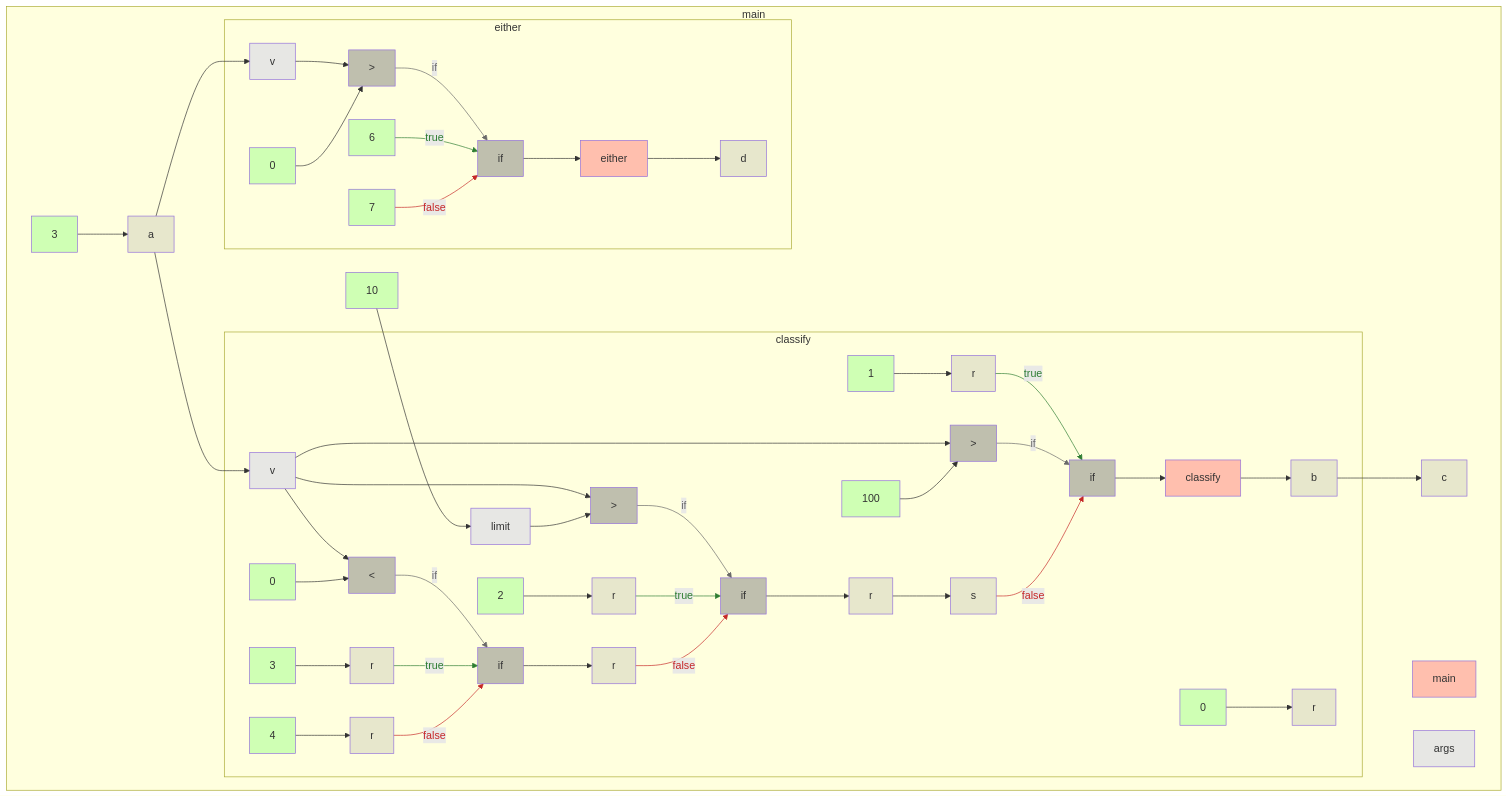
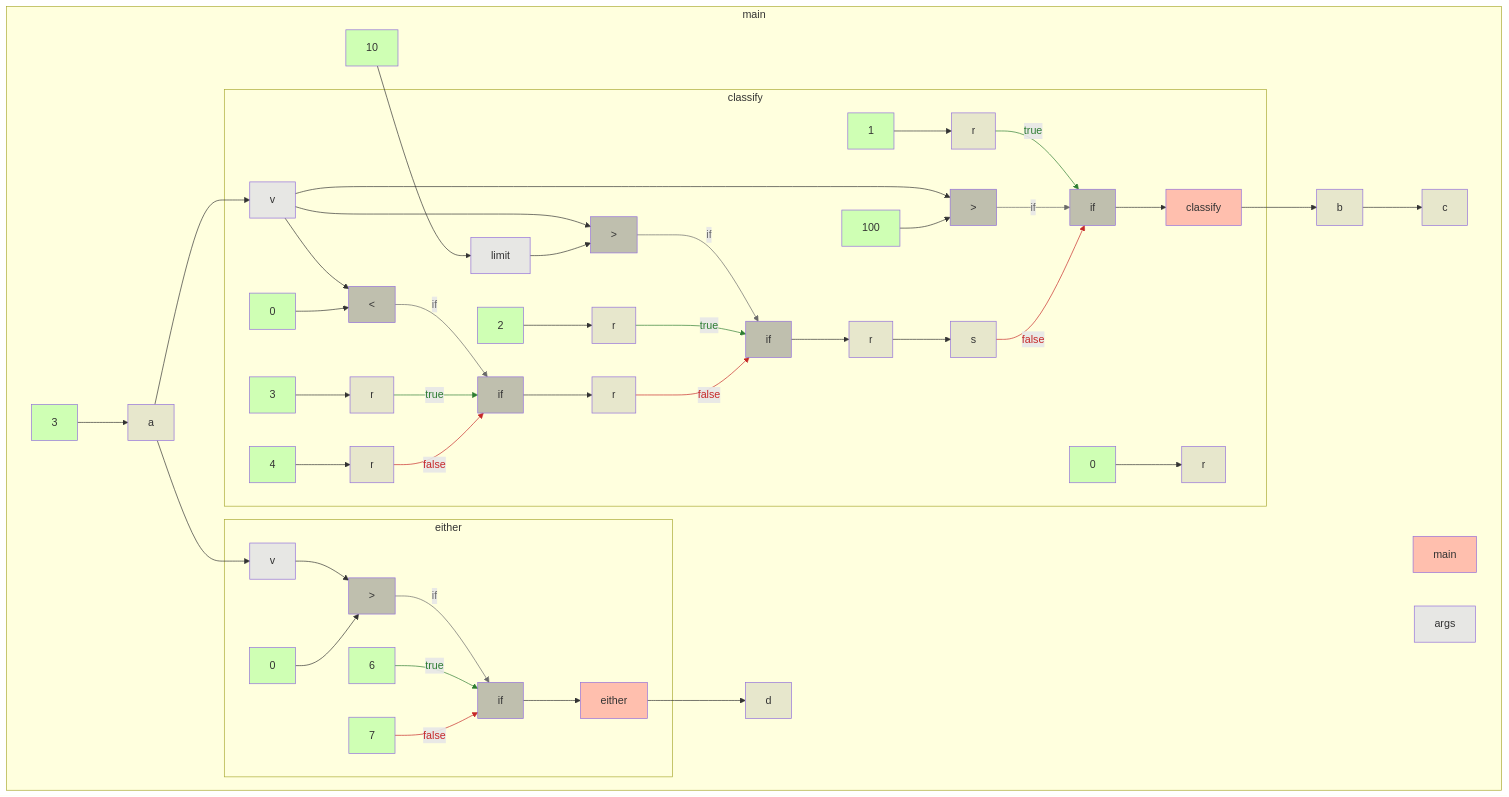
Before and after one commit to gstiebler/codeflow: the diagram in app/src/test/resources/if2/truth.md, drawn with Mermaid. The commit also changed 34 other files, not shown here.

```diff
--- a/app/src/test/resources/if2/truth.md
+++ b/app/src/test/resources/if2/truth.md
@@ -14,6 +14,8 @@
     n4[a]:::VARIABLE --> n35[v]:::FUNC_PARAM
     n5[10]:::LITERAL --> n9[limit]:::FUNC_PARAM
     n31[b]:::VARIABLE --> n32[c]:::VARIABLE
+    n7[classify]:::RETURN --> n31[b]:::VARIABLE
+    n34[either]:::RETURN --> n41[d]:::VARIABLE
     subgraph b6["classify"]
       n7[classify]:::RETURN
       n8[v]:::FUNC_PARAM
@@ -39,7 +41,6 @@
       n28[r]:::VARIABLE
       n29[s]:::VARIABLE
       n30[if]:::BIN_OP
-      n7[classify]:::RETURN --> n31[b]:::VARIABLE
       n8[v]:::FUNC_PARAM --> n12[>]:::BIN_OP
       n8[v]:::FUNC_PARAM --> n16[>]:::BIN_OP
       n8[v]:::FUNC_PARAM --> n20[<]:::BIN_OP
@@ -73,7 +74,6 @@
       n38[6]:::LITERAL
       n39[7]:::LITERAL
       n40[if]:::BIN_OP
-      n34[either]:::RETURN --> n41[d]:::VARIABLE
       n35[v]:::FUNC_PARAM --> n37[>]:::BIN_OP
       n36[0]:::LITERAL --> n37[>]:::BIN_OP
       n37[>]:::BIN_OP -->|if| n40[if]:::BIN_OP
@@ -82,15 +82,15 @@
       n40[if]:::BIN_OP --> n34[either]:::RETURN
     end
   end
-  linkStyle 11 stroke:#6a6a6a,color:#6a6a6a
-  linkStyle 13 stroke:#2e7d32,color:#2e7d32
-  linkStyle 15 stroke:#6a6a6a,color:#6a6a6a
-  linkStyle 17 stroke:#2e7d32,color:#2e7d32
-  linkStyle 19 stroke:#6a6a6a,color:#6a6a6a
-  linkStyle 21 stroke:#2e7d32,color:#2e7d32
-  linkStyle 23 stroke:#c62828,color:#c62828
-  linkStyle 25 stroke:#c62828,color:#c62828
-  linkStyle 28 stroke:#c62828,color:#c62828
+  linkStyle 12 stroke:#6a6a6a,color:#6a6a6a
+  linkStyle 14 stroke:#2e7d32,color:#2e7d32
+  linkStyle 16 stroke:#6a6a6a,color:#6a6a6a
+  linkStyle 18 stroke:#2e7d32,color:#2e7d32
+  linkStyle 20 stroke:#6a6a6a,color:#6a6a6a
+  linkStyle 22 stroke:#2e7d32,color:#2e7d32
+  linkStyle 24 stroke:#c62828,color:#c62828
+  linkStyle 26 stroke:#c62828,color:#c62828
+  linkStyle 29 stroke:#c62828,color:#c62828
   linkStyle 33 stroke:#6a6a6a,color:#6a6a6a
   linkStyle 34 stroke:#2e7d32,color:#2e7d32
   linkStyle 35 stroke:#c62828,color:#c62828
```
